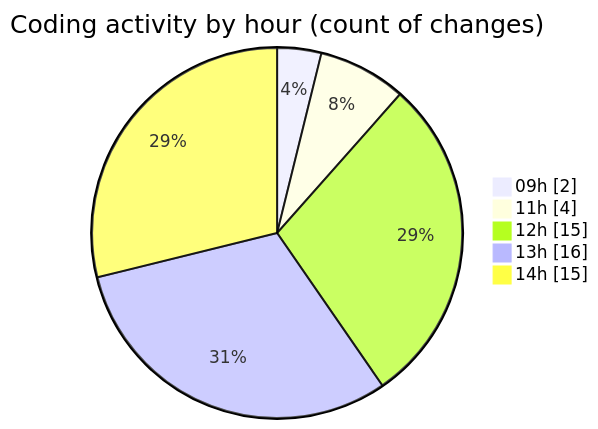
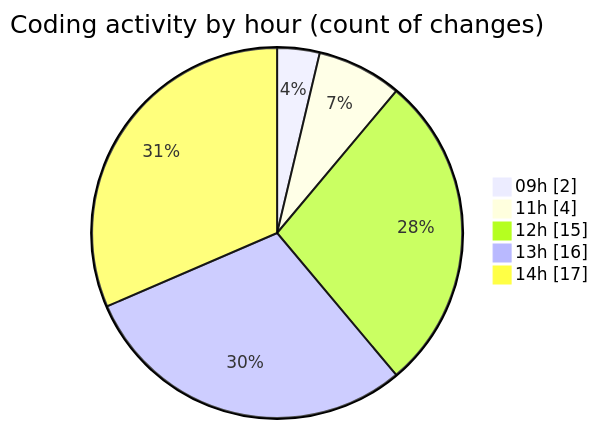
One commit to Elitesun/code-tracking changed the second of 2 diagrams in 2025-04-30/niten/README.md. Above: the diagram before and after it, drawn with Mermaid. The commit also changed other lines of this file and 1 other file, not shown here.

````diff
--- a/2025-04-30/niten/README.md
+++ b/2025-04-30/niten/README.md
@@ -49,9 +49,9 @@
 ```mermaid
 pie showData
 title Coding activity by hour (count of changes)
 "09h" : 2
 "11h" : 4
 "12h" : 15
 "13h" : 16
-"14h" : 15
+"14h" : 17
 ```
````
